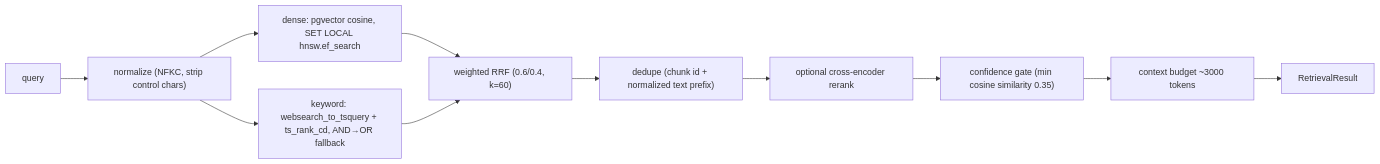
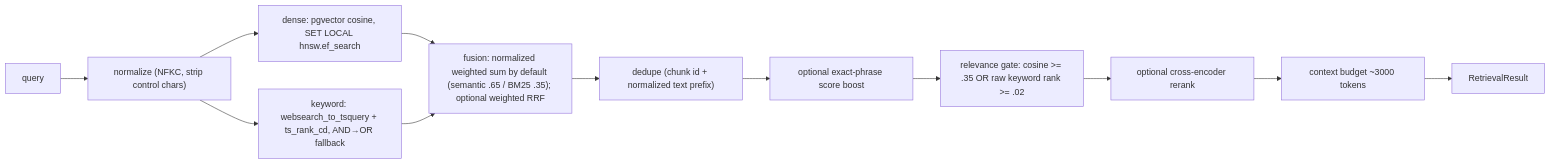
One commit to gituser18synthora/EchoSphere changed the second of 2 diagrams in docs/KNOWLEDGE_AND_RAG.md. Above: the diagram before and after it, drawn with Mermaid. The commit also changed other lines of this file and 17 other files, not shown here.

````diff
--- a/docs/KNOWLEDGE_AND_RAG.md
+++ b/docs/KNOWLEDGE_AND_RAG.md
@@ -78,13 +78,14 @@
 ```mermaid
 flowchart LR
     Q["query"] --> N["normalize (NFKC, strip control chars)"]
     N --> DZ["dense: pgvector cosine, SET LOCAL hnsw.ef_search"]
     N --> KW["keyword: websearch_to_tsquery + ts_rank_cd, AND→OR fallback"]
-    DZ --> RRF["weighted RRF (0.6/0.4, k=60)"]
-    KW --> RRF
-    RRF --> DD["dedupe (chunk id + normalized text prefix)"]
-    DD --> RE["optional cross-encoder rerank"]
-    RE --> G["confidence gate (min cosine similarity 0.35)"]
-    G --> B["context budget ~3000 tokens"]
+    DZ --> F["fusion: normalized weighted sum by default (semantic .65 / BM25 .35); optional weighted RRF"]
+    KW --> F
+    F --> DD["dedupe (chunk id + normalized text prefix)"]
+    DD --> PB["optional exact-phrase score boost"]
+    PB --> G["relevance gate: cosine >= .35 OR raw keyword rank >= .02"]
+    G --> RE["optional cross-encoder rerank"]
+    RE --> B["context budget ~3000 tokens"]
     B --> RES["RetrievalResult"]
 ```
````
